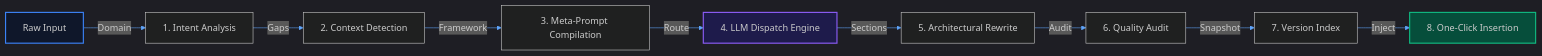
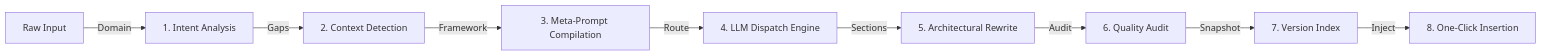
The diagram in README.md (OK45batwal/prompt-plus), drawn with Mermaid before and after one commit. The commit also changed other lines of this file, not shown here.

````diff
--- a/README.md
+++ b/README.md
@@ -183,16 +138,11 @@
 ```mermaid
-%%{init: {'theme': 'dark', 'themeVariables': { 'primaryColor': '#1e1b4b', 'primaryTextColor': '#ffffff', 'primaryBorderColor': '#6366f1', 'lineColor': '#60a5fa', 'secondaryColor': '#0f172a', 'tertiaryColor': '#090d16'}}}%%
 flowchart LR
     A[Raw Input] -->|Domain| B[1. Intent Analysis]
     B -->|Gaps| C[2. Context Detection]
     C -->|Framework| D[3. Meta-Prompt Compilation]
     D -->|Route| E[4. LLM Dispatch Engine]
     E -->|Sections| F[5. Architectural Rewrite]
     F -->|Audit| G[6. Quality Audit]
     G -->|Snapshot| H[7. Version Index]
     H -->|Inject| I[8. One-Click Insertion]
-
-    style A fill:#0f172a,stroke:#3b82f6,stroke-width:2px
-    style E fill:#1e1b4b,stroke:#8b5cf6,stroke-width:2px
-    style I fill:#064e3b,stroke:#10b981,stroke-width:2px
 ```
````
